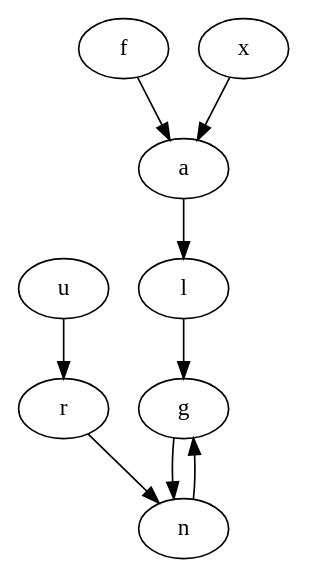
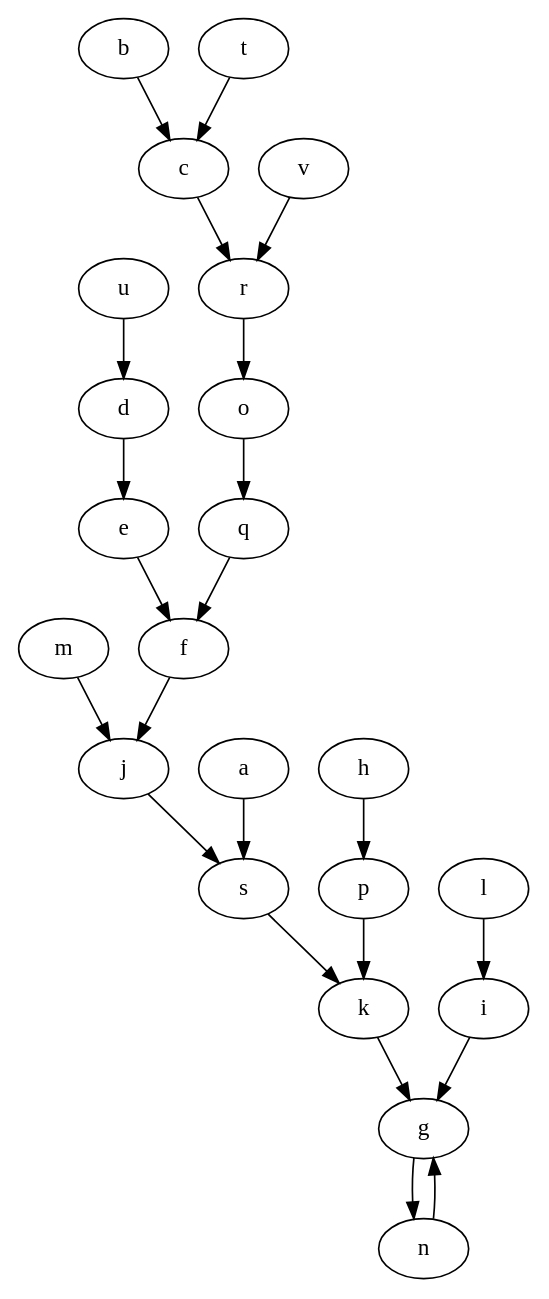
Before and after one commit to ClayDowling/llintersections: the diagram in samples/graphC.gv, drawn with Graphviz. The commit also changed 23 other files, not shown here.

```diff
--- a/samples/graphC.gv
+++ b/samples/graphC.gv
@@ -1,10 +1,24 @@
 digraph intersection {
-  a -> l
-  f -> a
+  m -> j
+  e -> f
+  l -> i
+  j -> s
+  r -> o
+  h -> p
+  p -> k
+  d -> e
+  b -> c
+  f -> j
+  a -> s
+  t -> c
+  u -> d
+  k -> g
+  n -> g
+  c -> r
+  v -> r
+  q -> f
   g -> n
-  l -> g
-  n -> g
-  r -> n
-  u -> r
-  x -> a
+  i -> g
+  o -> q
+  s -> k
 }
```
